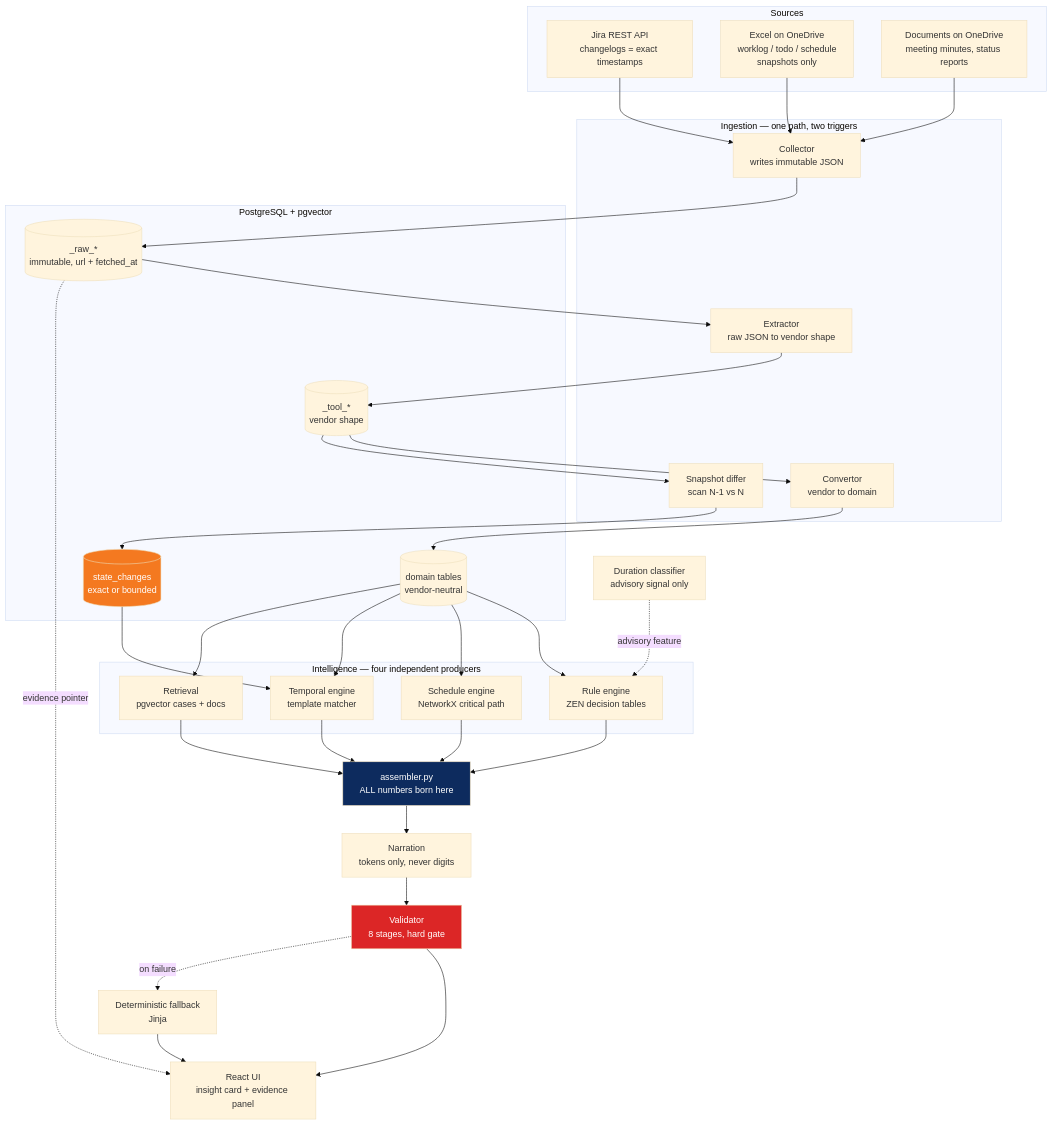
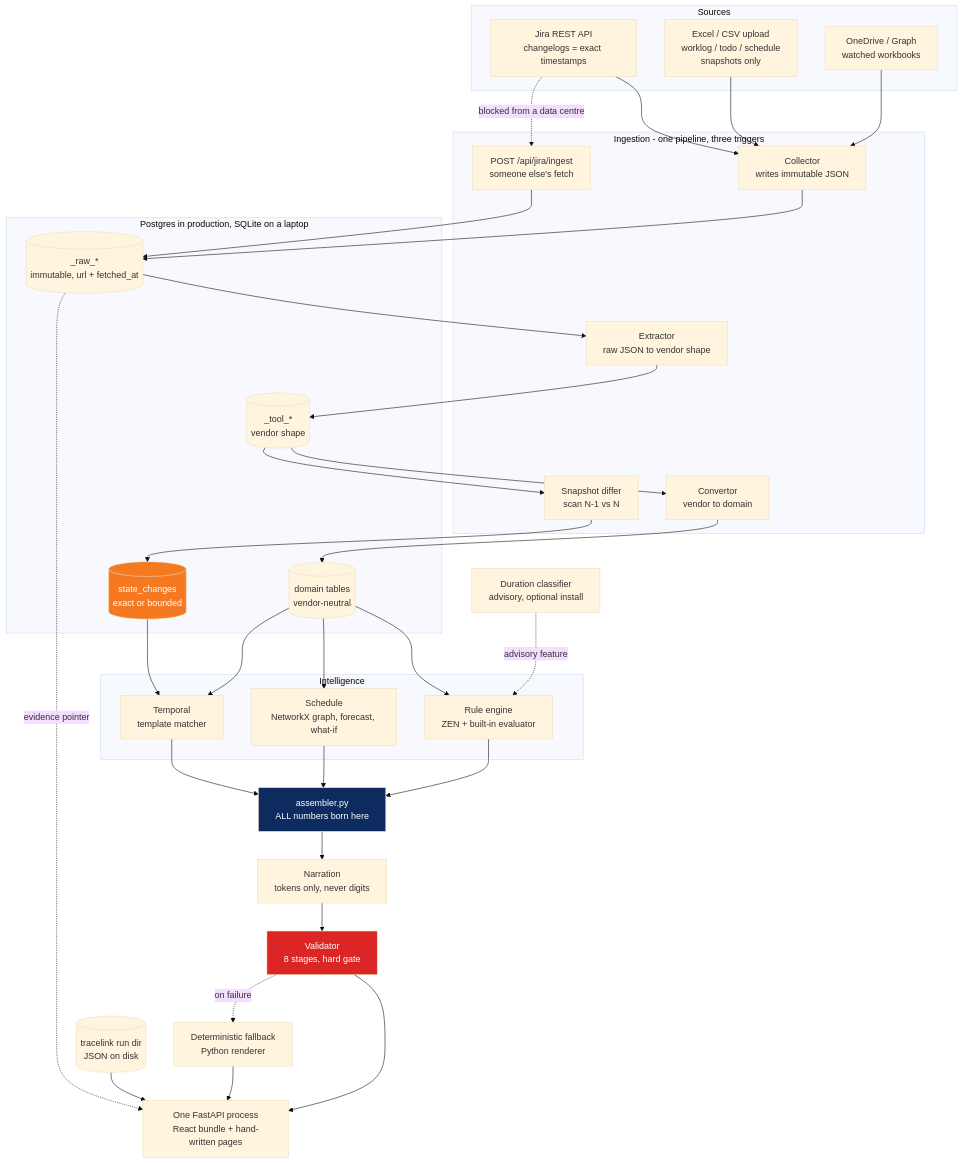
Before and after one commit to susPotato/projectpulse: the second of 2 diagrams in ProjectPulseAI_Architecture.md, drawn with Mermaid (base theme). The commit also changed other lines of this file and 2 other files, not shown here.

First line of the commit message:
The architecture document describes the application that exists

````diff
--- a/ProjectPulseAI_Architecture.md
+++ b/ProjectPulseAI_Architecture.md
@@ -78,55 +118,61 @@
 ```mermaid
 flowchart TB
     subgraph SRC[Sources]
         J[Jira REST API<br/>changelogs = exact timestamps]
-        X[Excel on OneDrive<br/>worklog / todo / schedule<br/>snapshots only]
-        D[Documents on OneDrive<br/>meeting minutes, status reports]
+        X[Excel / CSV upload<br/>worklog / todo / schedule<br/>snapshots only]
+        O[OneDrive / Graph<br/>watched workbooks]
     end
 
-    subgraph ING[Ingestion — one path, two triggers]
+    subgraph ING[Ingestion - one pipeline, three triggers]
         C[Collector<br/>writes immutable JSON]
+        P[POST /api/jira/ingest<br/>someone else's fetch]
         E[Extractor<br/>raw JSON to vendor shape]
         V[Convertor<br/>vendor to domain]
         DF[Snapshot differ<br/>scan N-1 vs N]
     end
 
-    subgraph STORE[PostgreSQL + pgvector]
+    subgraph STORE[Postgres in production, SQLite on a laptop]
         R[(_raw_*<br/>immutable, url + fetched_at)]
         T[(_tool_*<br/>vendor shape)]
         DOM[(domain tables<br/>vendor-neutral)]
         SC[(state_changes<br/>exact or bounded)]
     end
 
-    subgraph INTEL[Intelligence — four independent producers]
-        RU[Rule engine<br/>ZEN decision tables]
-        SCH[Schedule engine<br/>NetworkX critical path]
-        TMP[Temporal engine<br/>template matcher]
-        RET[Retrieval<br/>pgvector cases + docs]
+    subgraph INTEL[Intelligence]
+        RU[Rule engine<br/>ZEN + built-in evaluator]
+        SCH[Schedule<br/>NetworkX graph, forecast, what-if]
+        TMP[Temporal<br/>template matcher]
     end
 
-    ML[Duration classifier<br/>advisory signal only]
+    ML[Duration classifier<br/>advisory, optional install]
 
     ASM[assembler.py<br/>ALL numbers born here]
     NAR[Narration<br/>tokens only, never digits]
     VAL[Validator<br/>8 stages, hard gate]
-    FB[Deterministic fallback<br/>Jinja]
+    FB[Deterministic fallback<br/>Python renderer]
 
-    UI[React UI<br/>insight card + evidence panel]
+    TLR[(tracelink run dir<br/>JSON on disk)]
+
+    UI[One FastAPI process<br/>React bundle + hand-written pages]
 
     J --> C
+    J -.blocked from a data centre.-> P
     X --> C
-    D --> C
-    C --> R --> E --> T --> V --> DOM
+    O --> C
+    C --> R
+    P --> R
+    R --> E --> T --> V --> DOM
     T --> DF --> SC
-    DOM --> RU & SCH & TMP & RET
+    DOM --> RU & SCH & TMP
     SC --> TMP
     ML -.advisory feature.-> RU
-    RU & SCH & TMP & RET --> ASM
+    RU & SCH & TMP --> ASM
     ASM --> NAR --> VAL --> UI
     VAL -.on failure.-> FB --> UI
     R -.evidence pointer.-> UI
+    TLR --> UI
 
     style ASM fill:#0D2B5E,color:#fff
     style VAL fill:#DC2626,color:#fff
     style SC fill:#F47920,color:#fff
 ```
````
